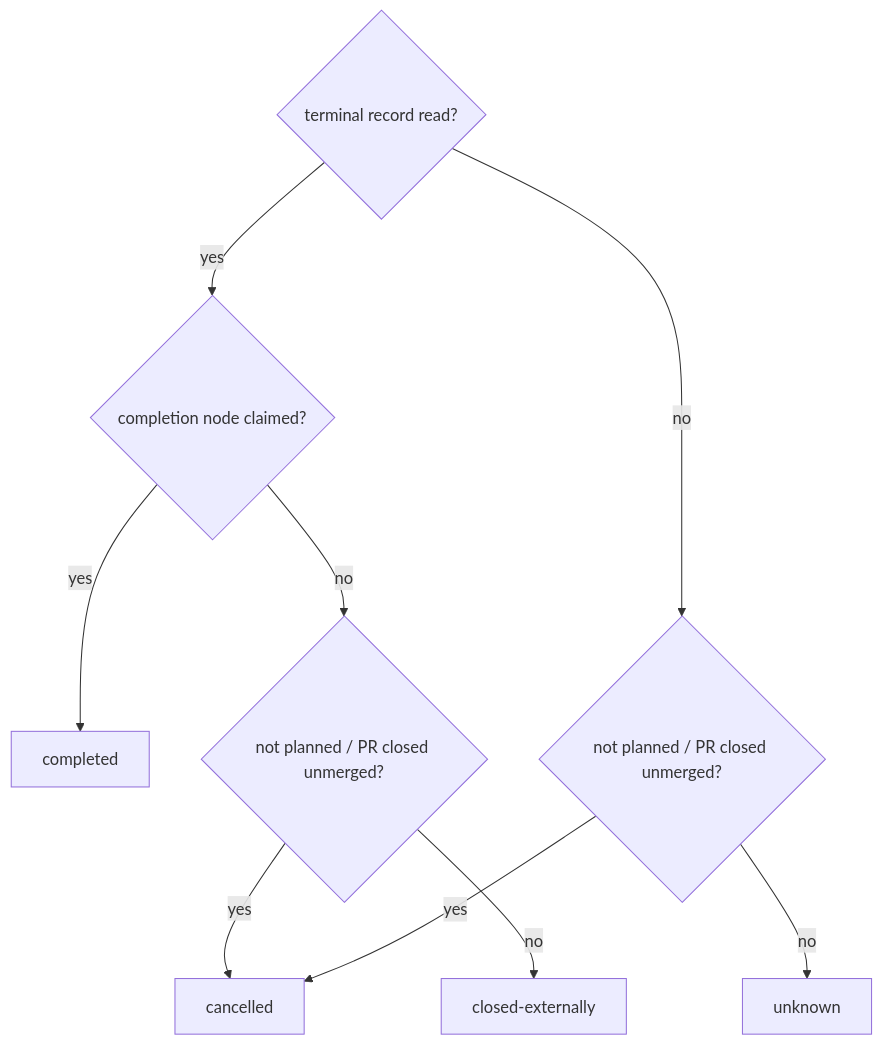
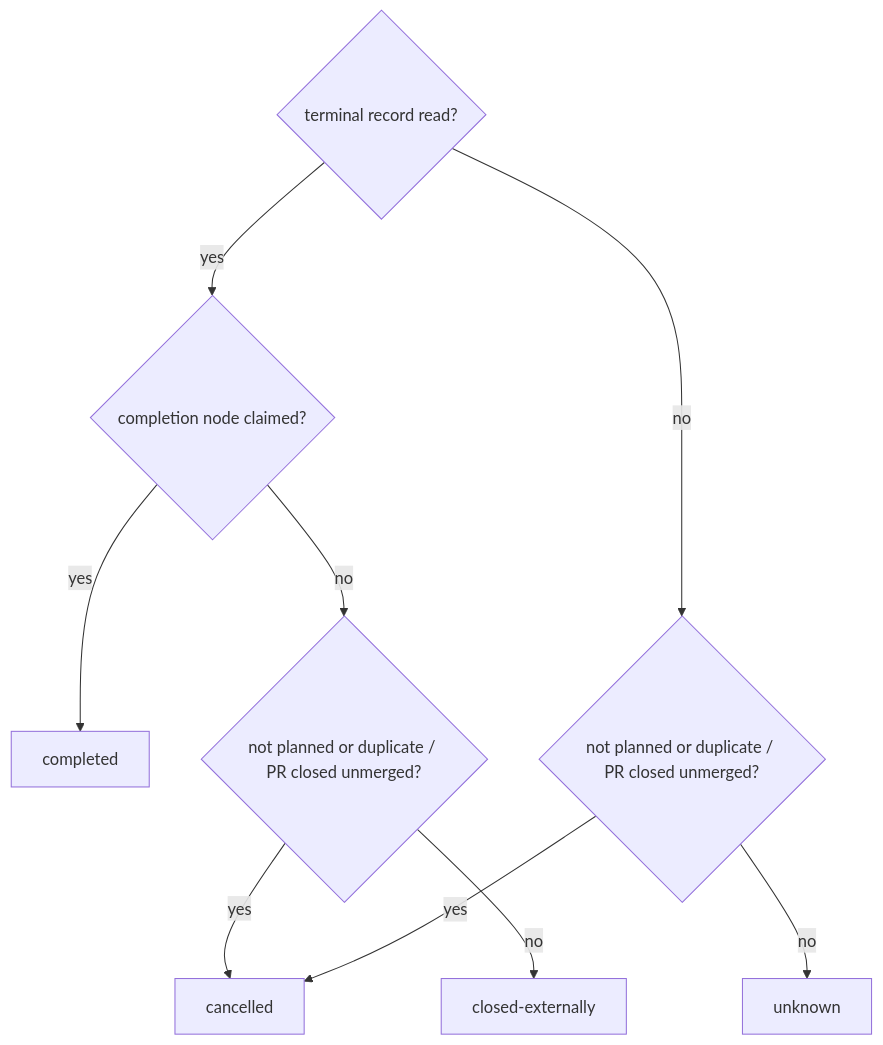
Before and after one commit to MadaraUchiha-314/the-loop: the second of 2 diagrams in docs/specs/issue-452/design.md, drawn with Mermaid. The commit also changed other lines of this file and 13 other files, not shown here.

````diff
--- a/docs/specs/issue-452/design.md
+++ b/docs/specs/issue-452/design.md
@@ -106,11 +106,11 @@
 ```mermaid
 flowchart TD
   T{terminal record read?} -->|yes| K{completion node claimed?}
   K -->|yes| COMPLETED[completed]
-  K -->|no| X{not planned / PR closed unmerged?}
-  T -->|no| X2{not planned / PR closed unmerged?}
+  K -->|no| X{not planned or duplicate / PR closed unmerged?}
+  T -->|no| X2{not planned or duplicate / PR closed unmerged?}
   X -->|yes| CANCELLED[cancelled]
   X -->|no| EXT[closed-externally]
   X2 -->|yes| CANCELLED
   X2 -->|no| UNKNOWN[unknown]
 ```
````
